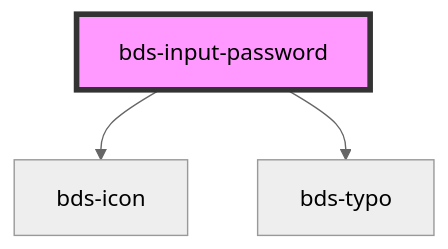
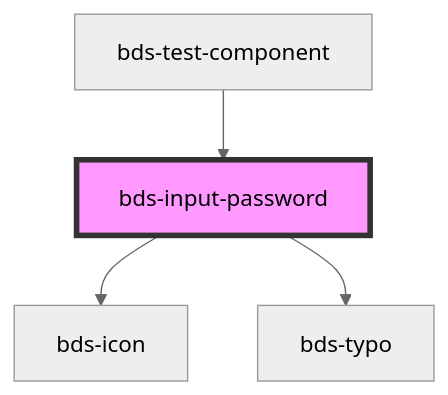
Before and after one commit to takenet/blip-ds: the diagram in src/components/input-password/readme.md, drawn with Mermaid (neutral theme). The commit also changed other lines of this file and 73 other files, not shown here.

````diff
--- a/src/components/input-password/readme.md
+++ b/src/components/input-password/readme.md
@@ -60,6 +64,7 @@
 ```mermaid
 graph TD;
   bds-input-password --> bds-icon
   bds-input-password --> bds-typo
+  bds-test-component --> bds-input-password
   style bds-input-password fill:#f9f,stroke:#333,stroke-width:4px
 ```
````
